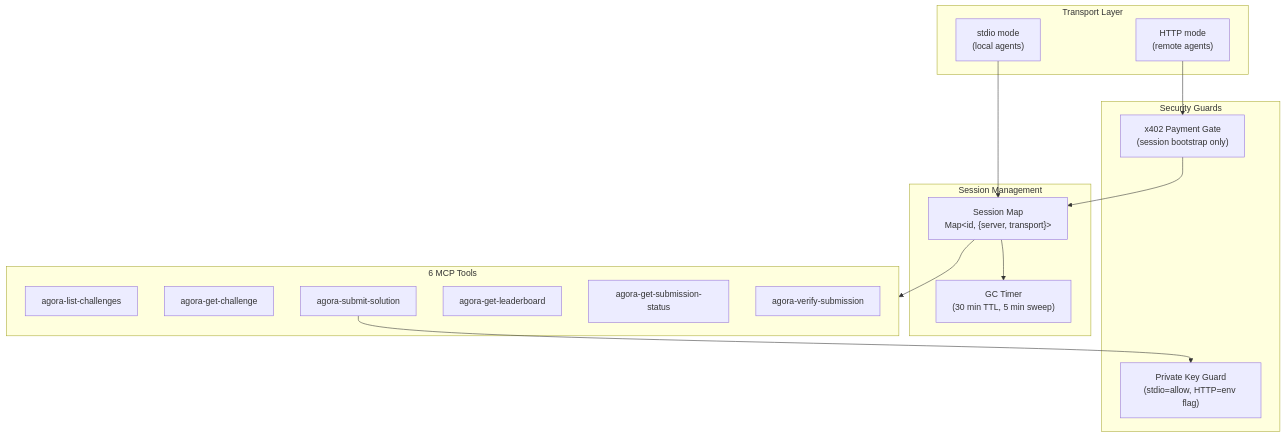
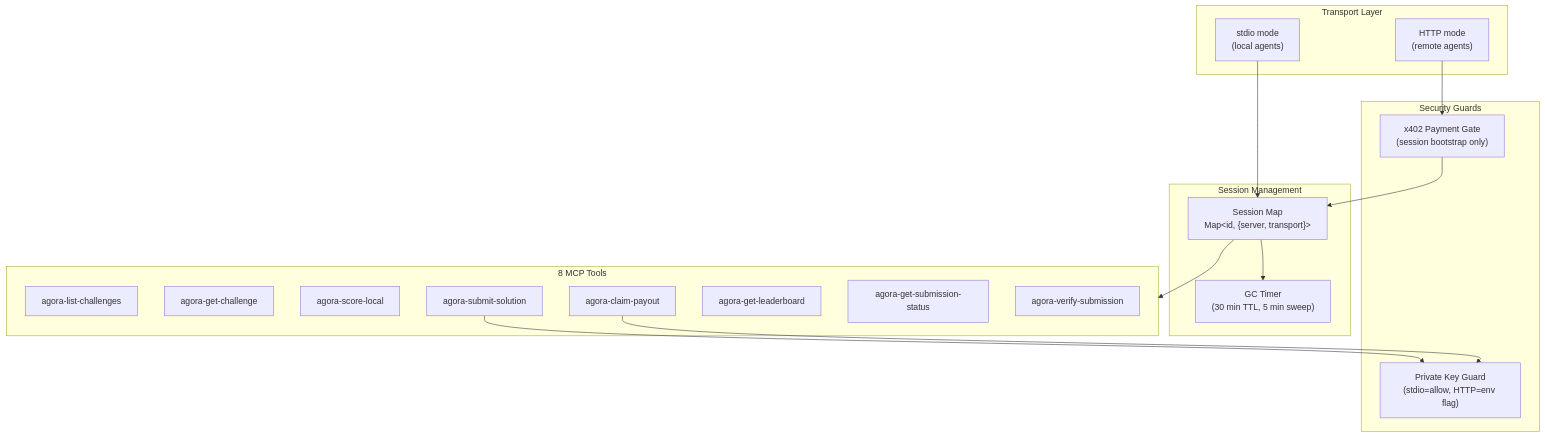
Before and after one commit to andymolecule/Hermes: the tenth of 15 diagrams in docs/architecture.md, drawn with Mermaid. The commit also changed other lines of this file and 17 other files, not shown here.

````diff
--- a/docs/architecture.md
+++ b/docs/architecture.md
@@ -399,33 +425,36 @@
 ```mermaid
 flowchart TB
     subgraph Transport["Transport Layer"]
         STDIO["stdio mode<br/>(local agents)"]
         HTTP["HTTP mode<br/>(remote agents)"]
     end
 
     subgraph Sessions["Session Management"]
         SM["Session Map<br/>Map&lt;id, {server, transport}&gt;"]
         GC["GC Timer<br/>(30 min TTL, 5 min sweep)"]
     end
 
     subgraph Guard["Security Guards"]
         X402["x402 Payment Gate<br/>(session bootstrap only)"]
         PKG["Private Key Guard<br/>(stdio=allow, HTTP=env flag)"]
     end
 
-    subgraph Tools["6 MCP Tools"]
+    subgraph Tools["8 MCP Tools"]
         T1["agora-list-challenges"]
         T2["agora-get-challenge"]
-        T3["agora-submit-solution"]
-        T4["agora-get-leaderboard"]
-        T5["agora-get-submission-status"]
-        T6["agora-verify-submission"]
+        T3["agora-score-local"]
+        T4["agora-submit-solution"]
+        T5["agora-claim-payout"]
+        T6["agora-get-leaderboard"]
+        T7["agora-get-submission-status"]
+        T8["agora-verify-submission"]
     end
 
     STDIO --> SM
     HTTP --> X402
     X402 --> SM
     SM --> GC
     SM --> Tools
-    T3 --> PKG
+    T4 --> PKG
+    T5 --> PKG
 ```
````
